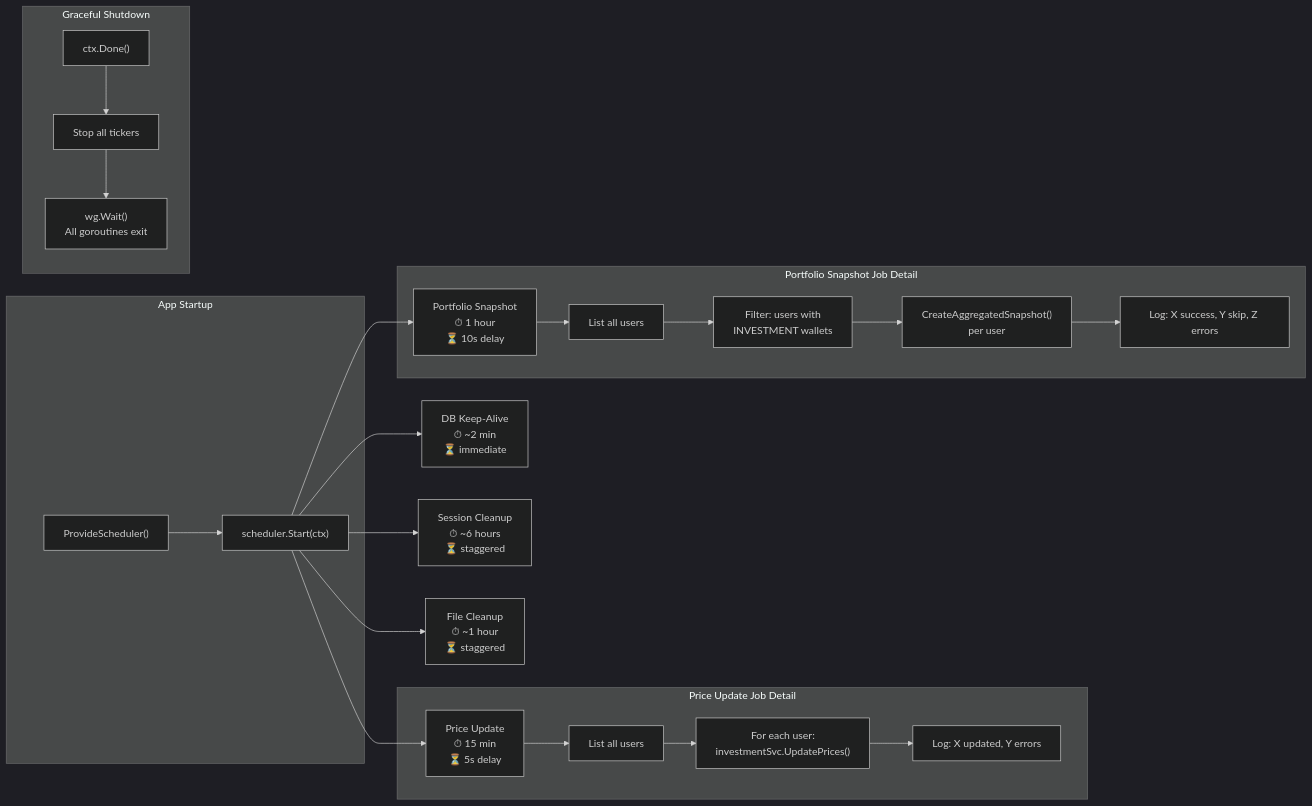
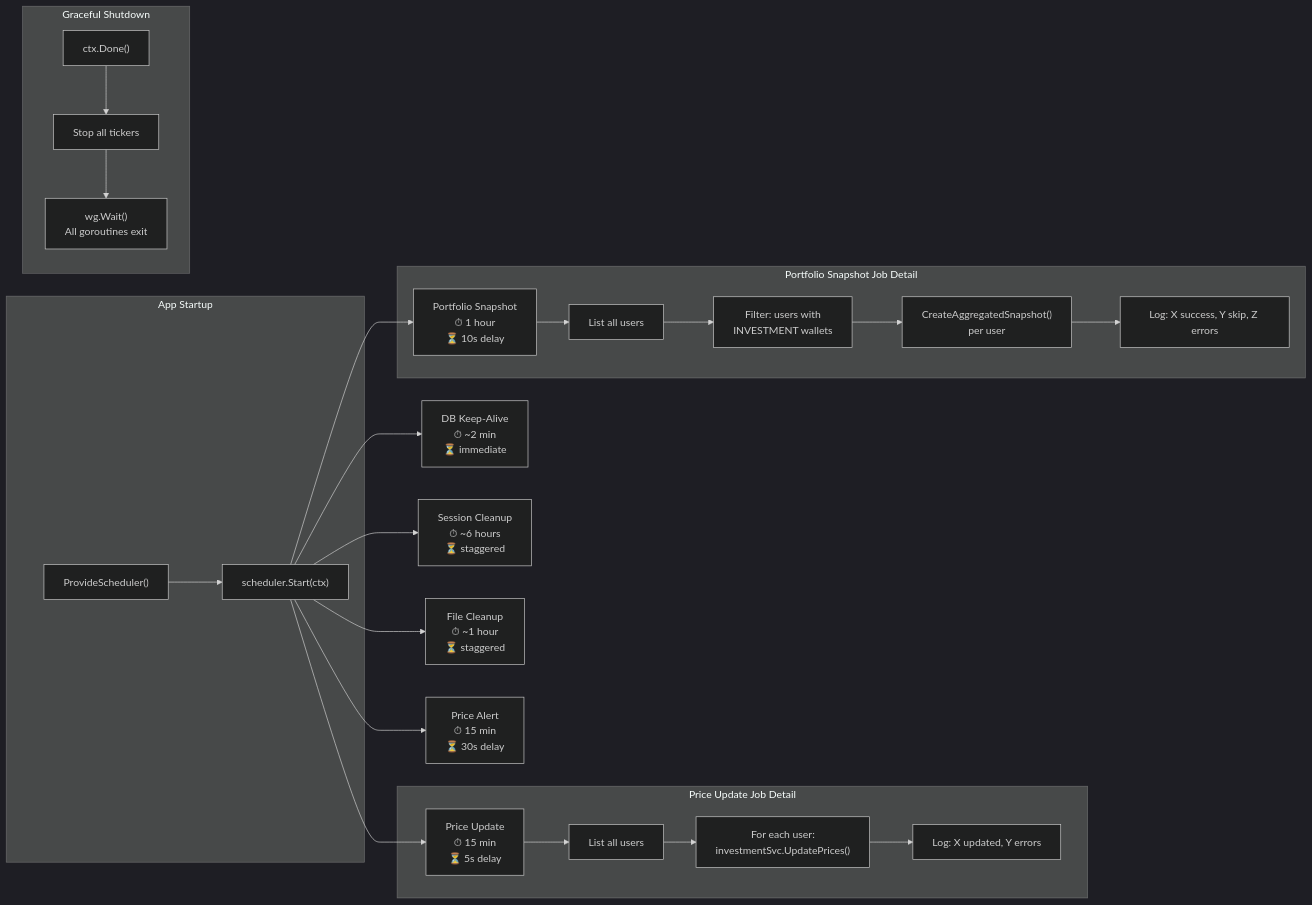
The third of 9 diagrams in docs/architecture/flow-cross-cutting.md (khanhnq1406/wealth-journey), drawn with Mermaid (dark theme) before and after one commit. The commit also changed other lines of this file and 1 other file, not shown here.

First line of the commit message:
docs: add price alert and admin broadcast flow diagrams

````diff
--- a/docs/architecture/flow-cross-cutting.md
+++ b/docs/architecture/flow-cross-cutting.md
@@ -145,31 +147,32 @@
 ```mermaid
 flowchart LR
     subgraph Startup["App Startup"]
         S["ProvideScheduler()"]
         S --> Start["scheduler.Start(ctx)"]
     end
 
     Start --> KA["DB Keep-Alive\n⏱ ~2 min\n⏳ immediate"]
     Start --> PU["Price Update\n⏱ 15 min\n⏳ 5s delay"]
     Start --> PS["Portfolio Snapshot\n⏱ 1 hour\n⏳ 10s delay"]
     Start --> SC["Session Cleanup\n⏱ ~6 hours\n⏳ staggered"]
     Start --> FC["File Cleanup\n⏱ ~1 hour\n⏳ staggered"]
+    Start --> PA["Price Alert\n⏱ 15 min\n⏳ 30s delay"]
 
     subgraph PriceUpdate["Price Update Job Detail"]
         PU --> PU1["List all users"]
         PU1 --> PU2["For each user:\ninvestmentSvc.UpdatePrices()"]
         PU2 --> PU3["Log: X updated, Y errors"]
     end
 
     subgraph PortfolioSnapshot["Portfolio Snapshot Job Detail"]
         PS --> PS1["List all users"]
         PS1 --> PS2["Filter: users with\nINVESTMENT wallets"]
         PS2 --> PS3["CreateAggregatedSnapshot()\nper user"]
         PS3 --> PS4["Log: X success, Y skip, Z errors"]
     end
 
     subgraph Shutdown["Graceful Shutdown"]
         CTX["ctx.Done()"] --> STOP["Stop all tickers"]
         STOP --> WAIT["wg.Wait()\nAll goroutines exit"]
     end
 ```
````
